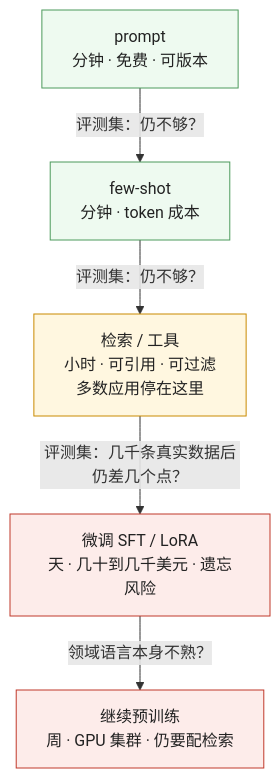
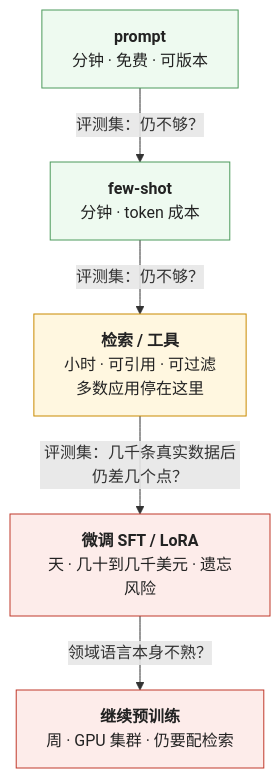
The fourth of 5 diagrams in _posts/2026-10-13-knowledge-in-context-or-in-weights.md (arganzheng/arganzheng.github.com), drawn with Mermaid before and after one commit. The commit also changed other lines of this file and 7 other files, not shown here.

First line of the commit message:
检索与知识接入：私域知识怎么进入模型：Mermaid 多行方框的首行标为标题（8 篇）

````diff
--- a/_posts/2026-10-13-knowledge-in-context-or-in-weights.md
+++ b/_posts/2026-10-13-knowledge-in-context-or-in-weights.md
@@ -161,14 +161,14 @@
 ```mermaid
 %% 图：改知识的五步梯子与每步的门——prompt → few-shot → 检索 / 工具 → 微调 → 继续预训练，代价每步上一个量级（分钟 → 分钟 → 小时 → 天 → 周），灵活性每步下一个量级；往右走一步的唯一理由是评测集证明当前这步不够；多数应用停在第三步
 flowchart TB
-    S1["prompt<br/>分钟 · 免费 · 可版本"] -->|"评测集：仍不够？"| S2["few-shot<br/>分钟 · token 成本"]
-    S2 -->|"评测集：仍不够？"| S3["检索 / 工具<br/>小时 · 可引用 · 可过滤<br/>多数应用停在这里"]
-    S3 -->|"评测集：几千条真实数据后仍差几个点？"| S4["微调 SFT / LoRA<br/>天 · 几十到几千美元 · 遗忘风险"]
-    S4 -->|"领域语言本身不熟？"| S5["继续预训练<br/>周 · GPU 集群 · 仍要配检索"]
+    S1["<b>prompt</b><br/>分钟 · 免费 · 可版本"] -->|"评测集：仍不够？"| S2["<b>few-shot</b><br/>分钟 · token 成本"]
+    S2 -->|"评测集：仍不够？"| S3["<b>检索 / 工具</b><br/>小时 · 可引用 · 可过滤<br/>多数应用停在这里"]
+    S3 -->|"评测集：几千条真实数据后仍差几个点？"| S4["<b>微调 SFT / LoRA</b><br/>天 · 几十到几千美元 · 遗忘风险"]
+    S4 -->|"领域语言本身不熟？"| S5["<b>继续预训练</b><br/>周 · GPU 集群 · 仍要配检索"]
     classDef cheap fill:#eefaf0,stroke:#4d9a5c,color:#222
     classDef mid fill:#fff7e0,stroke:#c98a00,color:#222
     classDef exp fill:#fdecea,stroke:#c0392b,color:#222
     class S1,S2 cheap
     class S3 mid
     class S4,S5 exp
 ```
````
